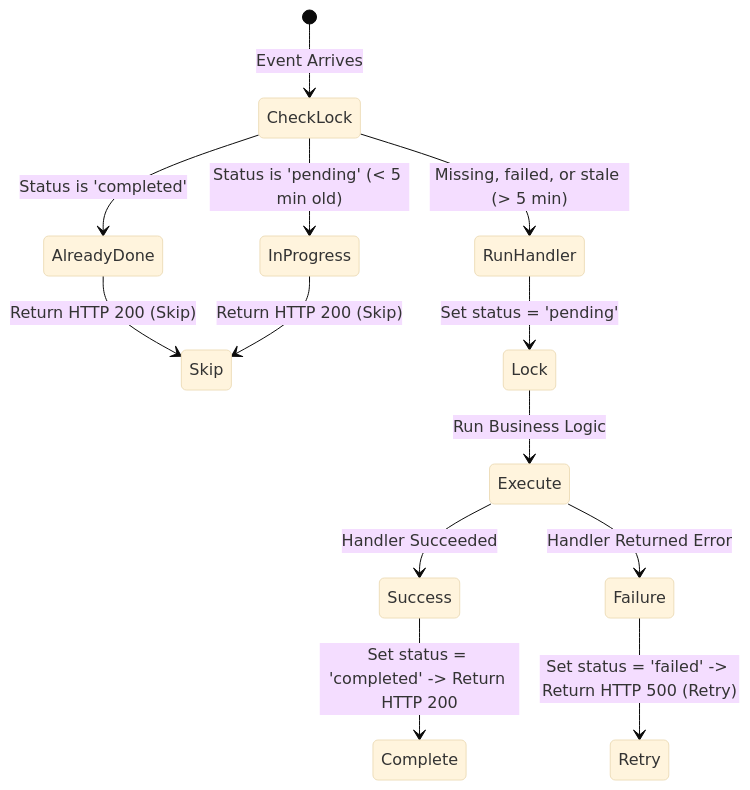
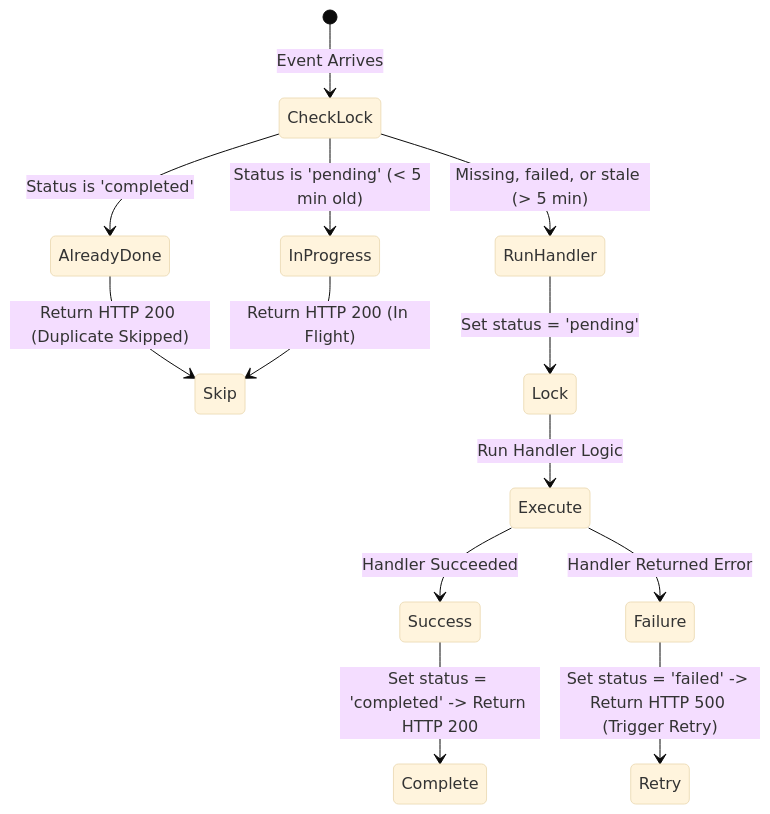
Before and after one commit to vkshdev/klubconnect: the second of 4 diagrams in BACKEND_DESIGN.md, drawn with Mermaid (base theme). The commit also changed other lines of this file and 1 other file, not shown here.

Commit message:
Update architecture and backend design documentation to reflect multi-tenant features and account status validation

````diff
--- a/BACKEND_DESIGN.md
+++ b/BACKEND_DESIGN.md
@@ -73,18 +78,18 @@
 ```mermaid
 stateDiagram-v2
     [*] --> CheckLock: Event Arrives
     CheckLock --> AlreadyDone: Status is 'completed'
     CheckLock --> InProgress: Status is 'pending' (< 5 min old)
     CheckLock --> RunHandler: Missing, failed, or stale (> 5 min)
     
-    AlreadyDone --> Skip: Return HTTP 200 (Skip)
-    InProgress --> Skip: Return HTTP 200 (Skip)
+    AlreadyDone --> Skip: Return HTTP 200 (Duplicate Skipped)
+    InProgress --> Skip: Return HTTP 200 (In Flight)
     
     RunHandler --> Lock: Set status = 'pending'
-    Lock --> Execute: Run Business Logic
+    Lock --> Execute: Run Handler Logic
     Execute --> Success: Handler Succeeded
     Execute --> Failure: Handler Returned Error
     
     Success --> Complete: Set status = 'completed' -> Return HTTP 200
-    Failure --> Retry: Set status = 'failed' -> Return HTTP 500 (Retry)
+    Failure --> Retry: Set status = 'failed' -> Return HTTP 500 (Trigger Retry)
 ```
````
